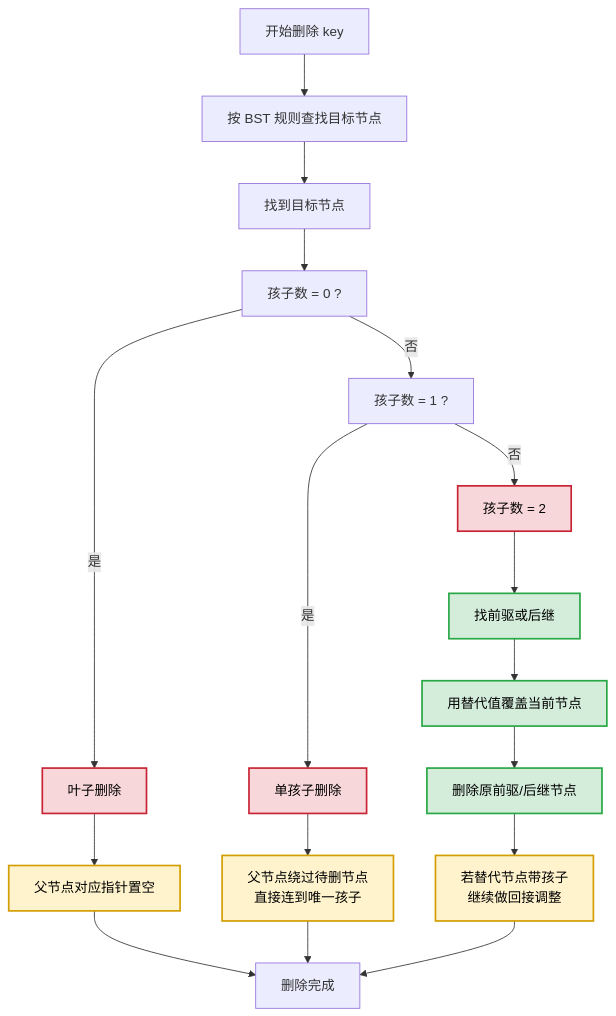
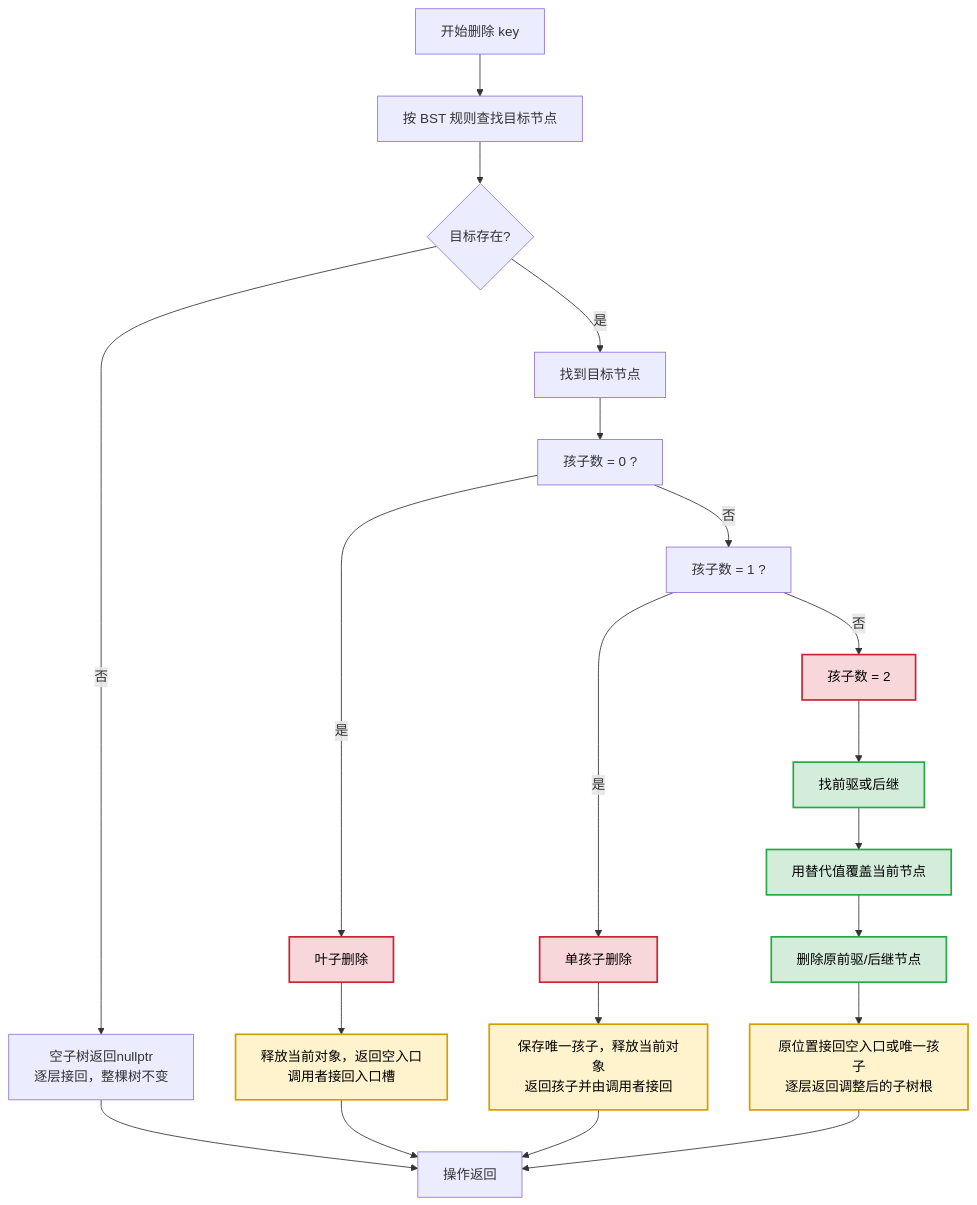
One commit to FormingSystem/linux_note changed the seventh of 19 diagrams in knowledge/linux/data_structures/红黑树_rb-tree/P22_BST删除与子树回接.md. Above: the diagram before and after it, drawn with Mermaid. The commit also changed other lines of this file and 3 other files, not shown here.

````diff
--- a/knowledge/linux/data_structures/红黑树_rb-tree/P22_BST删除与子树回接.md
+++ b/knowledge/linux/data_structures/红黑树_rb-tree/P22_BST删除与子树回接.md
@@ -511,32 +511,35 @@
 ```mermaid
 flowchart TD
 	A["开始删除 key"] --> B["按 BST 规则查找目标节点"]
-	B --> C["找到目标节点"]
+	B --> Q{"目标存在?"}
+	Q -->|否| P["空子树返回nullptr<br/>逐层接回，整棵树不变"]
+	Q -->|是| C["找到目标节点"]
 
 	C --> D["孩子数 = 0 ?"]
 	D -->|是| E["叶子删除"]
-	E --> F["父节点对应指针置空"]
+	E --> F["释放当前对象，返回空入口<br/>调用者接回入口槽"]
 
 	D -->|否| G["孩子数 = 1 ?"]
 	G -->|是| H["单孩子删除"]
-	H --> I["父节点绕过待删节点<br/>直接连到唯一孩子"]
+	H --> I["保存唯一孩子，释放当前对象<br/>返回孩子并由调用者接回"]
 
 	G -->|否| J["孩子数 = 2"]
 	J --> K["找前驱或后继"]
 	K --> L["用替代值覆盖当前节点"]
 	L --> M["删除原前驱/后继节点"]
-	M --> N["若替代节点带孩子<br/>继续做回接调整"]
+	M --> N["原位置接回空入口或唯一孩子<br/>逐层返回调整后的子树根"]
 
-	F --> O["删除完成"]
+	P --> O["操作返回"]
+	F --> O
 	I --> O
 	N --> O
 
 	classDef target fill:#f8d7da,stroke:#c82333,stroke-width:2px,color:#000;
 	classDef replace fill:#d4edda,stroke:#28a745,stroke-width:2px,color:#000;
 	classDef parent fill:#fff3cd,stroke:#d39e00,stroke-width:2px,color:#000;
 	classDef moved fill:#d1ecf1,stroke:#0c5460,stroke-width:2px,color:#000;
 
 	class E,H,J target;
 	class K,L,M replace;
 	class F,I,N parent;
 ```
````
